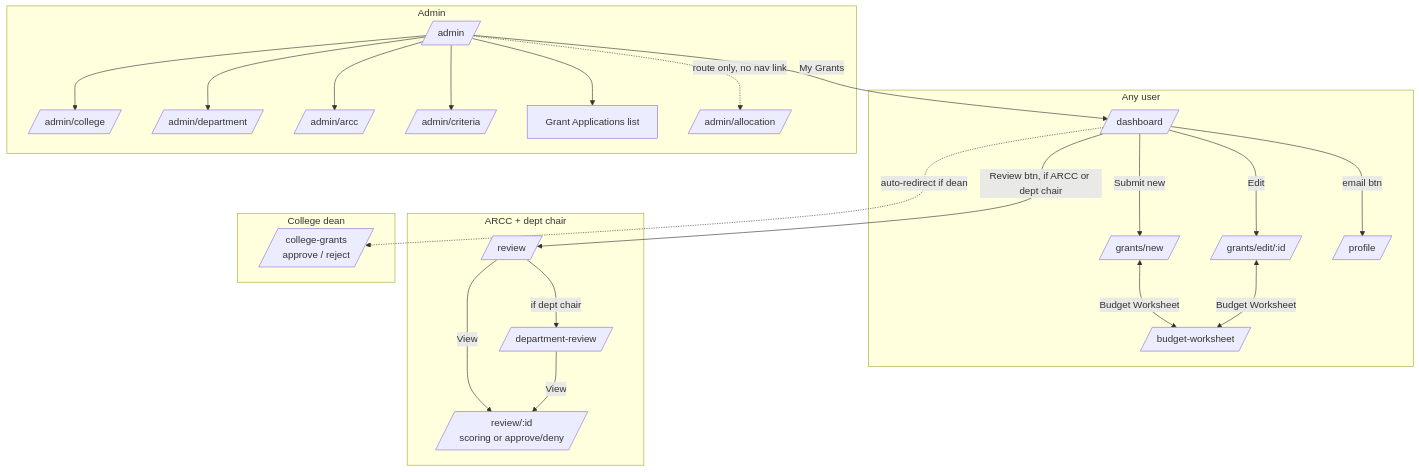
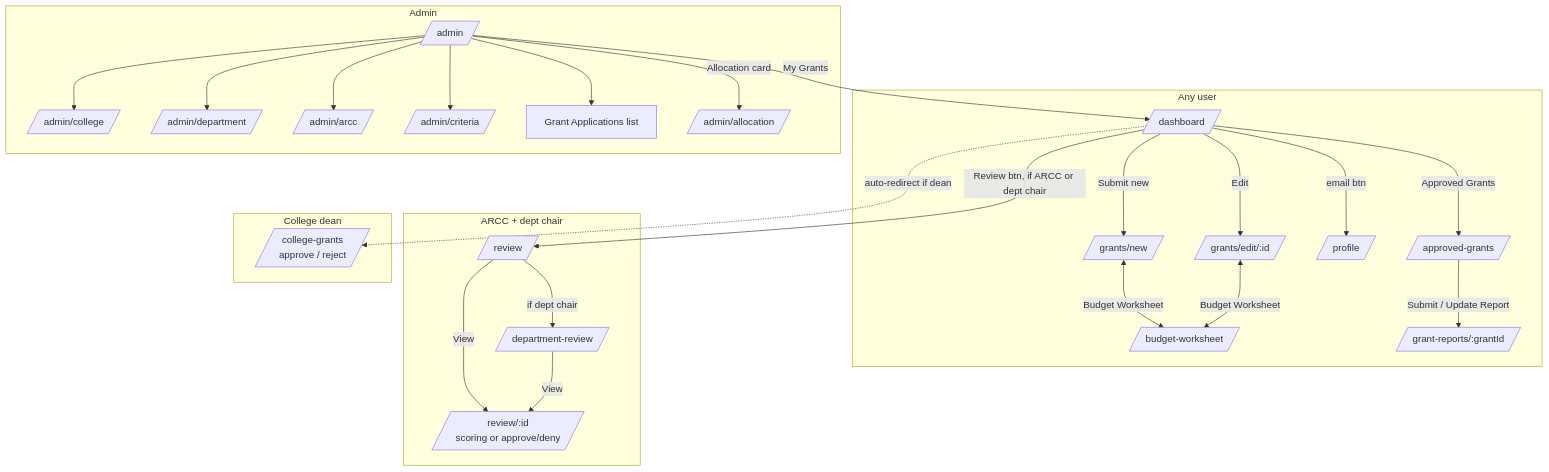
Before and after one commit to jayantiacharya/grant-management-system: the sixth of 8 diagrams in docs/architecture.md, drawn with Mermaid. The commit also changed other lines of this file and 3 other files, not shown here.

First line of the commit message:
docs: sync architecture and data model with allocation backend

````diff
--- a/docs/architecture.md
+++ b/docs/architecture.md
@@ -198,32 +216,34 @@
 ```mermaid
 flowchart TD
     subgraph proposer [Any user]
         D[/dashboard/] -->|Submit new| N[/grants/new/]
         D -->|Edit| E[/grants/edit/:id/]
         N <-->|Budget Worksheet| B[/budget-worksheet/]
         E <-->|Budget Worksheet| B
         D -->|email btn| P[/profile/]
+        D -->|Approved Grants| AG[/approved-grants/]
+        AG -->|Submit / Update Report| GR[/"grant-reports/:grantId"/]
     end
 
     subgraph review [ARCC + dept chair]
         D -->|Review btn, if ARCC or dept chair| R[/review/]
         R -->|View| RD[/"review/:id<br/>scoring or approve/deny"/]
         R -->|if dept chair| DR[/department-review/]
         DR -->|View| RD
     end
 
     subgraph dean [College dean]
         CG[/"college-grants<br/>approve / reject"/]
     end
     D -.->|auto-redirect if dean| CG
 
     subgraph admin [Admin]
         A[/admin/] --> AC[/admin/college/]
         A --> AD2[/admin/department/]
         A --> AA[/admin/arcc/]
         A --> CR[/admin/criteria/]
         A -->|My Grants| D
         A --> GL[Grant Applications list]
-        A -.->|route only, no nav link| AL[/admin/allocation/]
+        A -->|Allocation card| AL[/admin/allocation/]
     end
 ```
````
